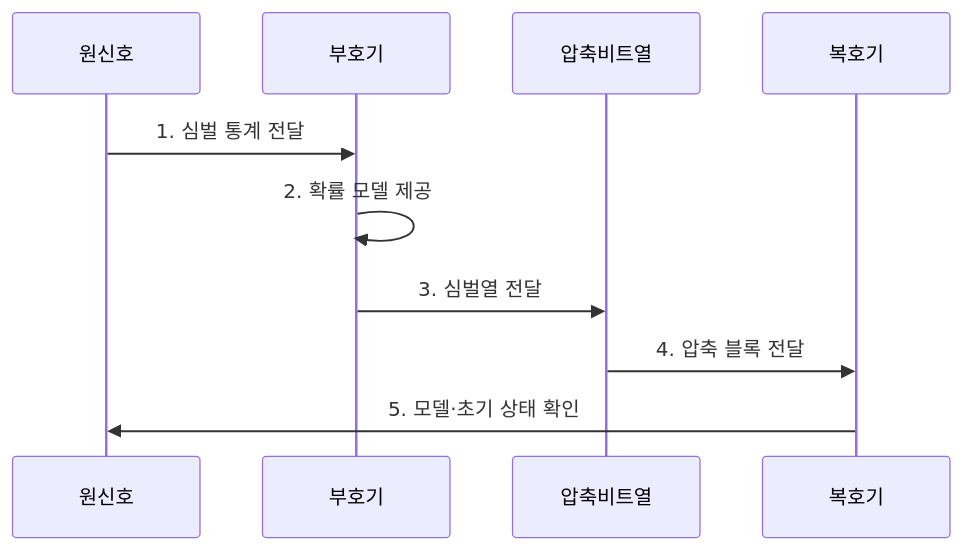
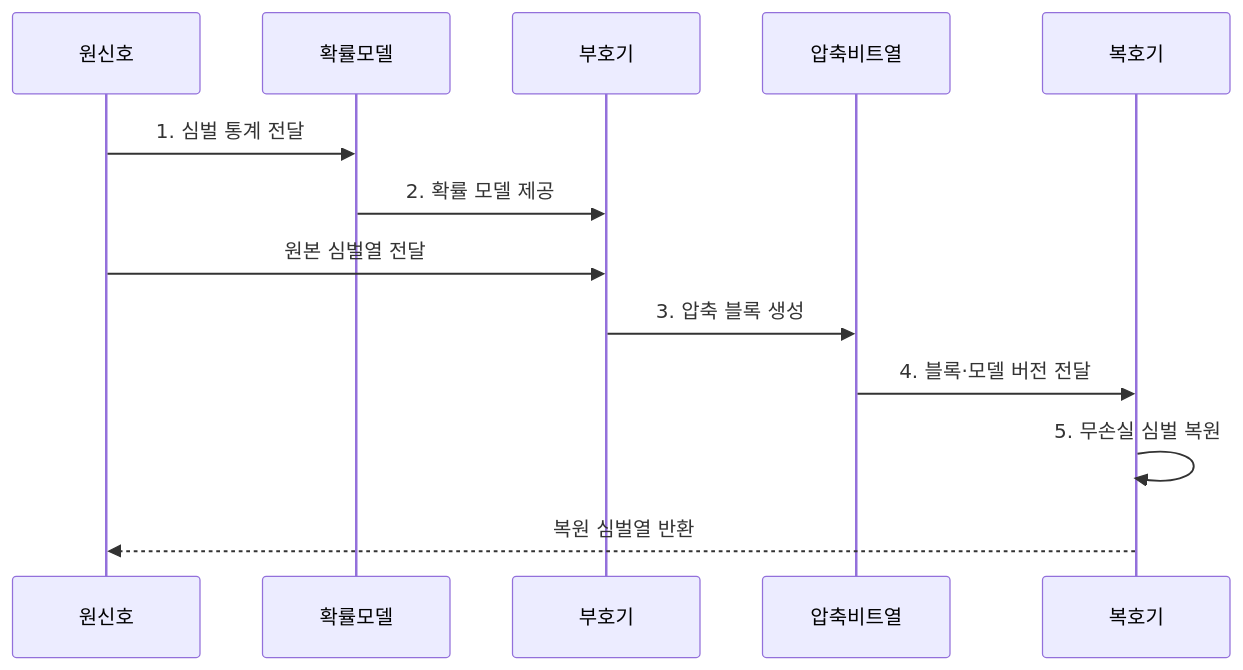
One commit to agnusdei1207/knowledge-base changed the second of 2 diagrams in src/content/docs/notes/04-network/064_source_coding.md. Above: the diagram before and after it, drawn with Mermaid. The commit also changed other lines of this file and 20 other files, not shown here.

````diff
--- a/src/content/docs/notes/04-network/064_source_coding.md
+++ b/src/content/docs/notes/04-network/064_source_coding.md
@@ -80,12 +83,15 @@
 ```mermaid
 sequenceDiagram
     participant 원신호
+    participant 확률모델
     participant 부호기
     participant 압축비트열
     participant 복호기
-    원신호->>부호기: 1. 심벌 통계 전달
-    부호기->>부호기: 2. 확률 모델 제공
-    부호기->>압축비트열: 3. 심벌열 전달
-    압축비트열->>복호기: 4. 압축 블록 전달
-    복호기->>원신호: 5. 모델·초기 상태 확인
+    원신호->>확률모델: 1. 심벌 통계 전달
+    확률모델->>부호기: 2. 확률 모델 제공
+    원신호->>부호기: 원본 심벌열 전달
+    부호기->>압축비트열: 3. 압축 블록 생성
+    압축비트열->>복호기: 4. 블록·모델 버전 전달
+    복호기->>복호기: 5. 무손실 심벌 복원
+    복호기-->>원신호: 복원 심벌열 반환
 ```
````
